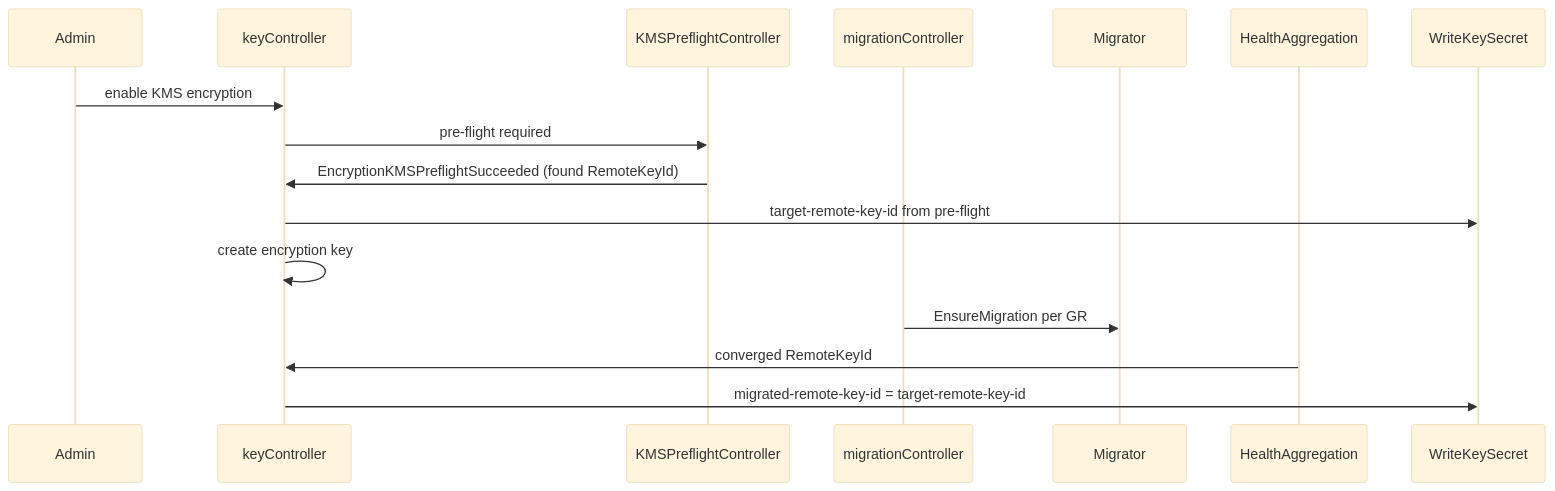
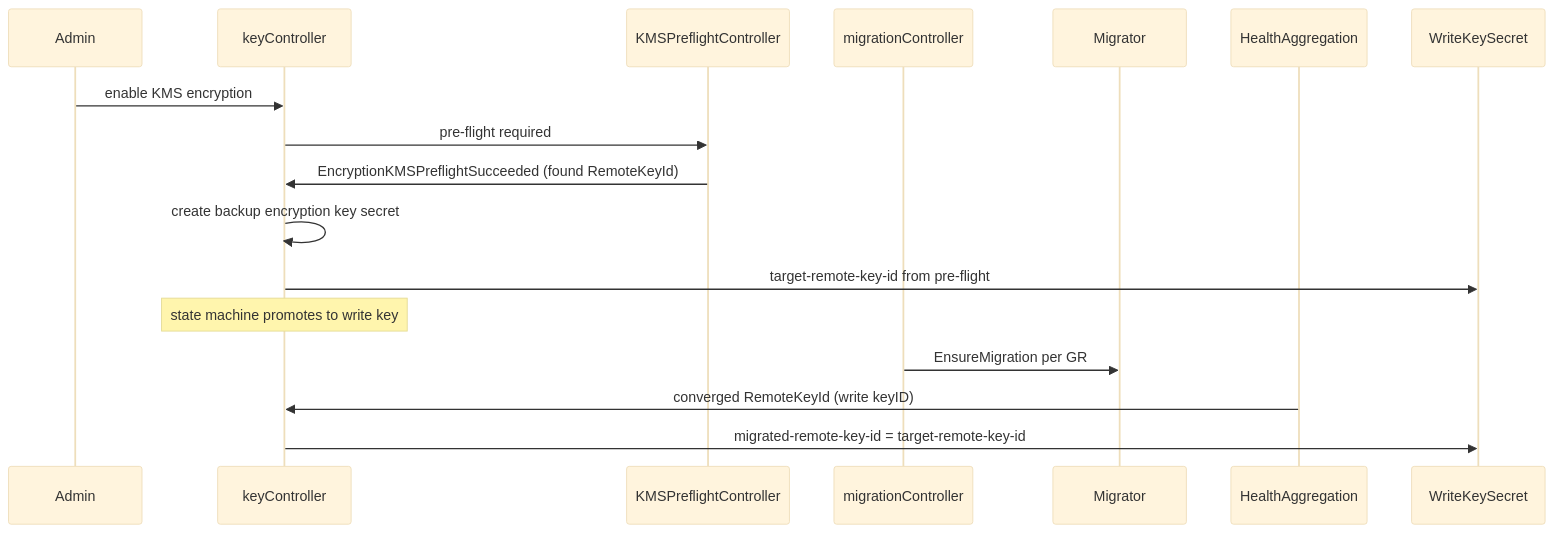
Before and after one commit to openshift/enhancements: the first of 4 diagrams in enhancements/kube-apiserver/kms-encryption-foundations.md, drawn with Mermaid (base theme). The commit also changed other lines of this file, not shown here.

````diff
--- a/enhancements/kube-apiserver/kms-encryption-foundations.md
+++ b/enhancements/kube-apiserver/kms-encryption-foundations.md
@@ -520,19 +526,20 @@
 ```mermaid
 sequenceDiagram
     participant Admin
     participant KeyCtrl as keyController
     participant Preflight as KMSPreflightController
     participant MigCtrl as migrationController
     participant SVM as Migrator
     participant Health as HealthAggregation
     participant Secret as WriteKeySecret
 
     Admin->>KeyCtrl: enable KMS encryption
     KeyCtrl->>Preflight: pre-flight required
     Preflight->>KeyCtrl: EncryptionKMSPreflightSucceeded (found RemoteKeyId)
+    KeyCtrl->>KeyCtrl: create backup encryption key secret
     KeyCtrl->>Secret: target-remote-key-id from pre-flight
-    KeyCtrl->>KeyCtrl: create encryption key
+    Note over KeyCtrl: state machine promotes to write key
     MigCtrl->>SVM: EnsureMigration per GR
-    Health->>KeyCtrl: converged RemoteKeyId
+    Health->>KeyCtrl: converged RemoteKeyId (write keyID)
     KeyCtrl->>Secret: migrated-remote-key-id = target-remote-key-id
 ```
````
